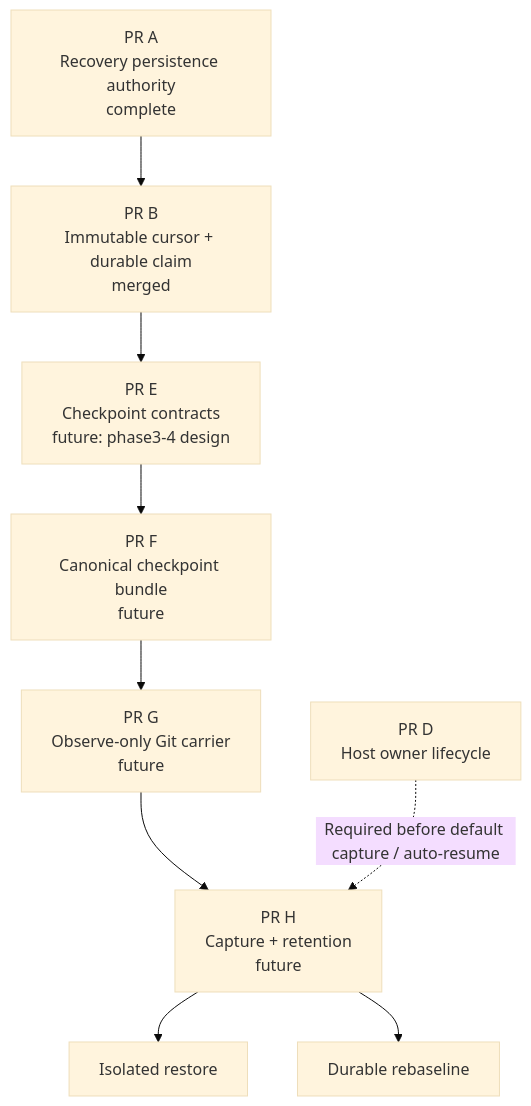
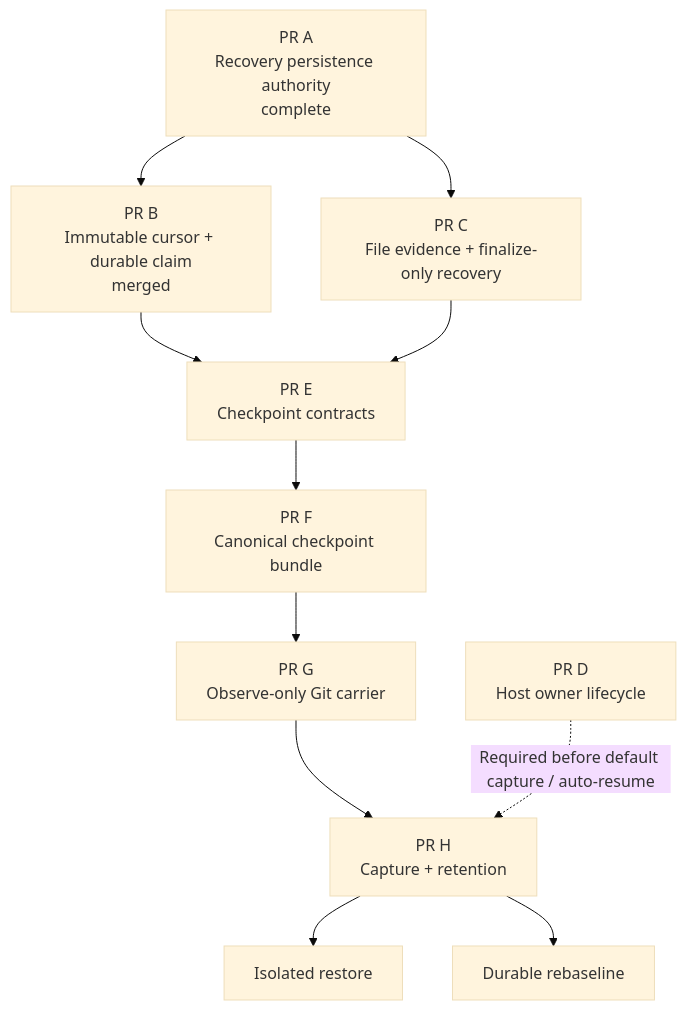
Diagram 13 of 13 in docs/architecture/runtime-resume-architecture.md (apache/maka), drawn with Mermaid (base theme) before and after one commit. The commit also changed other lines of this file and 5 other files, not shown here.

````diff
--- a/docs/architecture/runtime-resume-architecture.md
+++ b/docs/architecture/runtime-resume-architecture.md
@@ -847,11 +847,13 @@
 ```mermaid
 flowchart TD
   A["PR A<br/>Recovery persistence authority<br/>complete"] --> B["PR B<br/>Immutable cursor + durable claim<br/>merged"]
-  B --> E["PR E<br/>Checkpoint contracts<br/>future: phase3-4 design"]
-  E --> F["PR F<br/>Canonical checkpoint bundle<br/>future"]
-  F --> G["PR G<br/>Observe-only Git carrier<br/>future"]
-  G --> H["PR H<br/>Capture + retention<br/>future"]
+  A --> C["PR C<br/>File evidence + finalize-only recovery"]
+  B --> E["PR E<br/>Checkpoint contracts"]
+  C --> E
+  E --> F["PR F<br/>Canonical checkpoint bundle"]
+  F --> G["PR G<br/>Observe-only Git carrier"]
+  G --> H["PR H<br/>Capture + retention"]
   H --> Restore["Isolated restore"]
   H --> Rebaseline["Durable rebaseline"]
   D["PR D<br/>Host owner lifecycle"] -. "Required before default capture / auto-resume" .-> H
 ```
````
